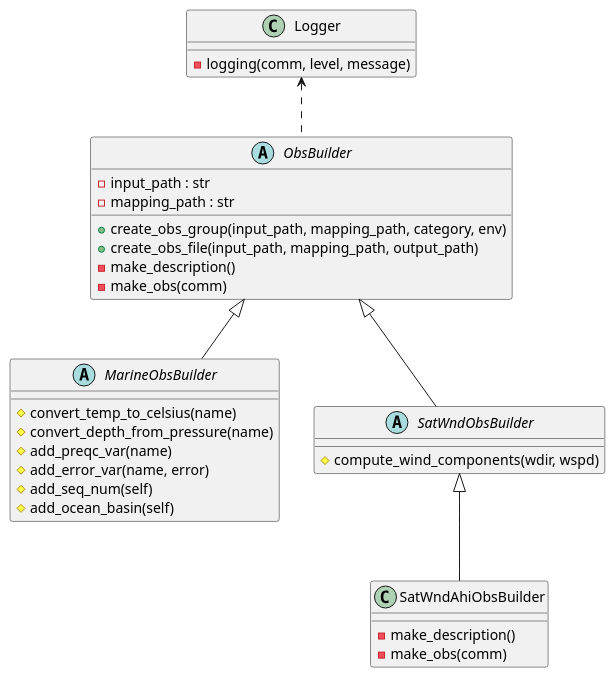
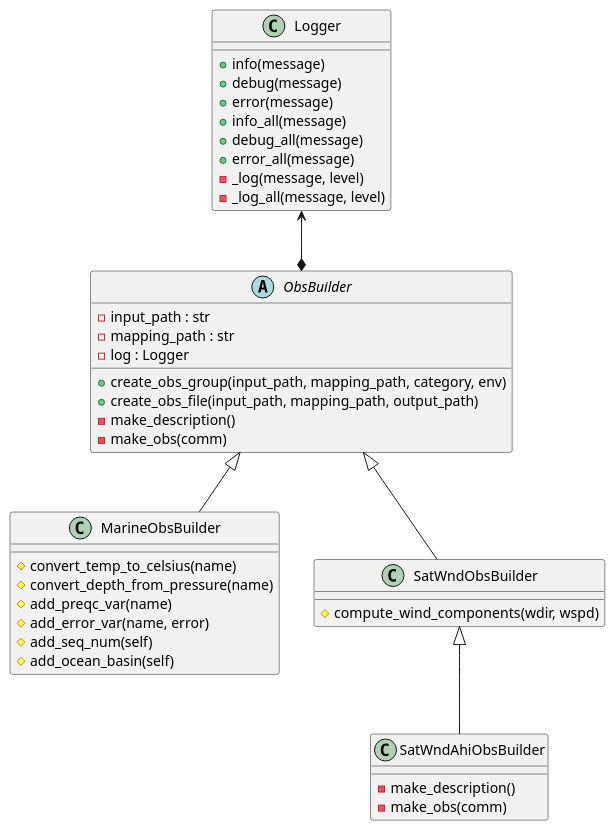
The diagram in docs/uml/BUFR_ObsBuilder.puml (rmclaren/bufr-query), drawn with PlantUML before and after one commit. The commit also changed 2 other files, not shown here.

Commit message:
more ObsBuilder enhancements

```diff
--- a/docs/uml/BUFR_ObsBuilder.puml
+++ b/docs/uml/BUFR_ObsBuilder.puml
@@ -1,48 +1,56 @@
 @startuml
 'skinparam dpi 300
 'scale 1024 width
 
 class Logger
 {
-  - logging(comm, level, message)
+  + info(message)
+  + debug(message)
+  + error(message)
+  + info_all(message)
+  + debug_all(message)
+  + error_all(message)
+  - _log(message, level)
+  - _log_all(message, level)
 }
 
 abstract class ObsBuilder
 {
   - input_path : str
   - mapping_path : str
+  - log : Logger
 
   + create_obs_group(input_path, mapping_path, category, env)
   + create_obs_file(input_path, mapping_path, output_path)
   - make_description()
   - make_obs(comm)
 }
 
-abstract class MarineObsBuilder
+class MarineObsBuilder
 {
   # convert_temp_to_celsius(name)
   # convert_depth_from_pressure(name)
   # add_preqc_var(name)
   # add_error_var(name, error)
   # add_seq_num(self)
   # add_ocean_basin(self)
 }
 
-abstract class SatWndObsBuilder
+class SatWndObsBuilder
 {
   # compute_wind_components(wdir, wspd)
 }
 
 class SatWndAhiObsBuilder
 {
   - make_description()
   - make_obs(comm)
 }
 
-Logger <.. ObsBuilder
+Logger <--* ObsBuilder
 ObsBuilder <|-- MarineObsBuilder
 ObsBuilder <|-- SatWndObsBuilder
 SatWndObsBuilder <|-- SatWndAhiObsBuilder
 
 
 @enduml
```
